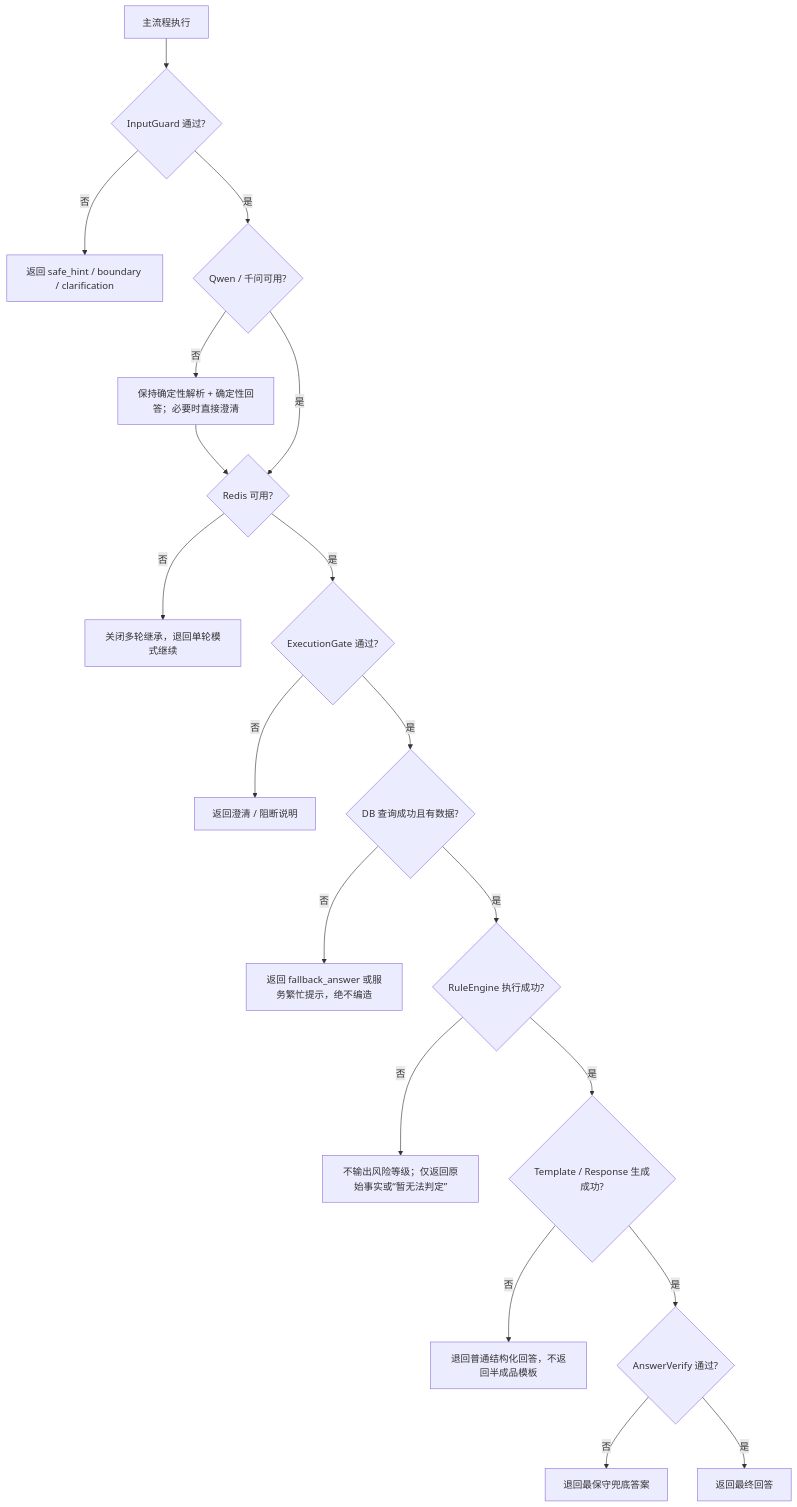
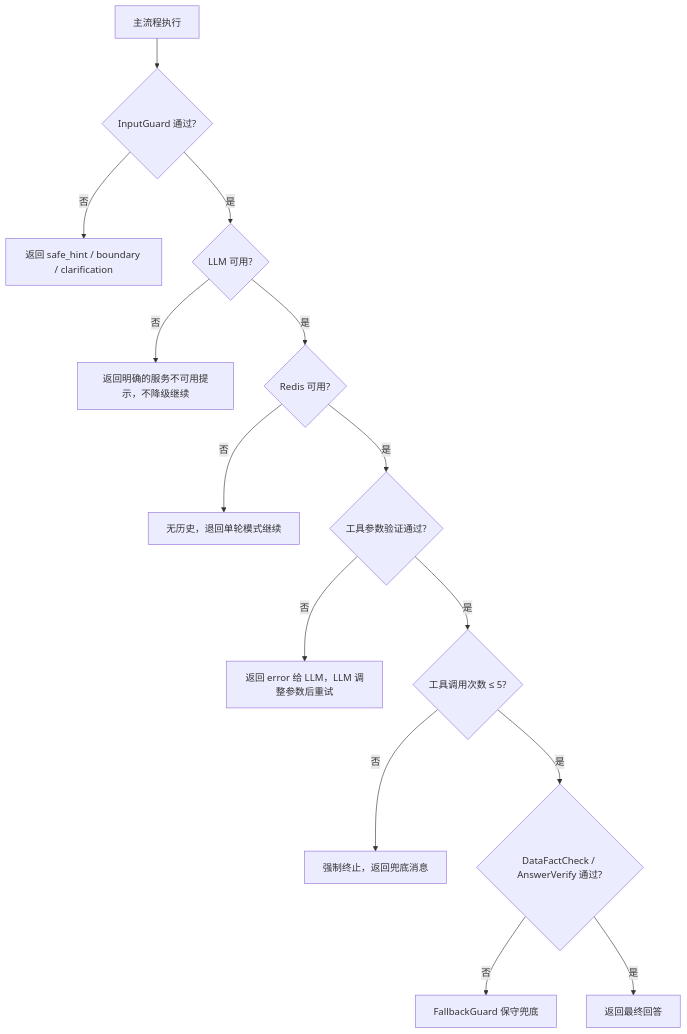
The fifth of 5 diagrams in apps/agent/plans/1/7.system-design-diagram.md (gago-project/smart-agriculture), drawn with Mermaid before and after one commit. The commit also changed other lines of this file and 8 other files, not shown here.

Commit message:
docs: sync all agent design docs to LLM + Function Calling architecture

````diff
--- a/apps/agent/plans/1/7.system-design-diagram.md
+++ b/apps/agent/plans/1/7.system-design-diagram.md
@@ -230,21 +190,16 @@
 ```mermaid
 flowchart TD
     A["主流程执行"] --> B{"InputGuard 通过?"}
     B -- 否 --> B1["返回 safe_hint / boundary / clarification"]
-    B -- 是 --> C{"Qwen / 千问可用?"}
-    C -- 否 --> C1["保持确定性解析 + 确定性回答；必要时直接澄清"]
-    C1 --> D
+    B -- 是 --> C{"LLM 可用?"}
+    C -- 否 --> C1["返回明确的服务不可用提示，不降级继续"]
     C -- 是 --> D{"Redis 可用?"}
-    D -- 否 --> D1["关闭多轮继承，退回单轮模式继续"]
-    D -- 是 --> E{"ExecutionGate 通过?"}
-    E -- 否 --> E1["返回澄清 / 阻断说明"]
-    E -- 是 --> F{"DB 查询成功且有数据?"}
-    F -- 否 --> F1["返回 fallback_answer 或服务繁忙提示，绝不编造"]
-    F -- 是 --> G{"RuleEngine 执行成功?"}
-    G -- 否 --> G1["不输出风险等级；仅返回原始事实或“暂无法判定”"]
-    G -- 是 --> H{"Template / Response 生成成功?"}
-    H -- 否 --> H1["退回普通结构化回答，不返回半成品模板"]
-    H -- 是 --> I{"AnswerVerify 通过?"}
-    I -- 否 --> I1["退回最保守兜底答案"]
-    I -- 是 --> J["返回最终回答"]
+    D -- 否 --> D1["无历史，退回单轮模式继续"]
+    D -- 是 --> E{"工具参数验证通过?"}
+    E -- 否 --> E1["返回 error 给 LLM，LLM 调整参数后重试"]
+    E -- 是 --> F{"工具调用次数 ≤ 5?"}
+    F -- 否 --> F1["强制终止，返回兜底消息"]
+    F -- 是 --> G{"DataFactCheck / AnswerVerify 通过?"}
+    G -- 否 --> G1["FallbackGuard 保守兜底"]
+    G -- 是 --> H["返回最终回答"]
 ```
````
